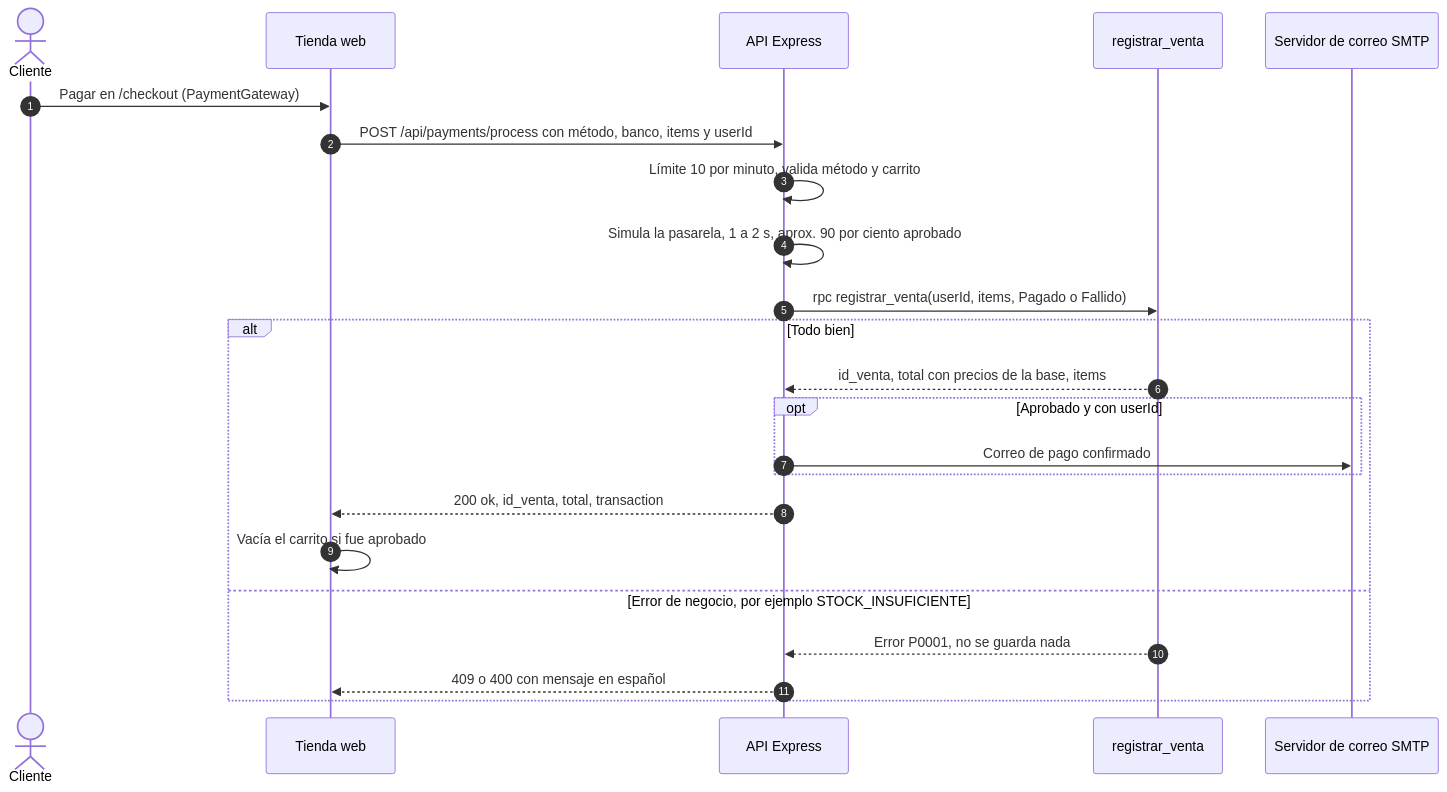
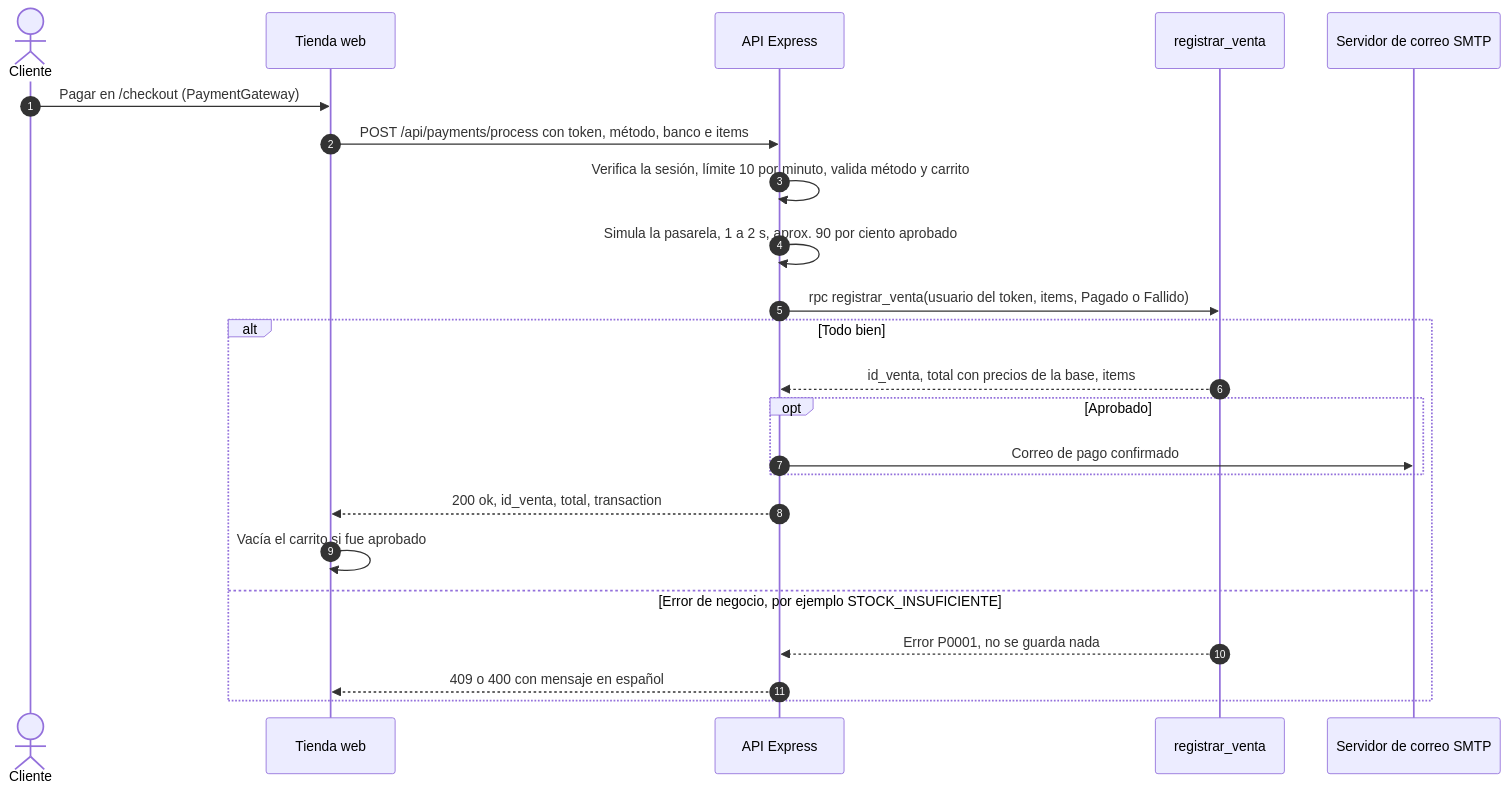
Before and after one commit to cristian-0023/SUPER-GELATTO: the first of 8 diagrams in docs/arquitectura/08-flujos.md, drawn with Mermaid. The commit also changed 15 other files, not shown here.

First line of the commit message:
fix: exigir sesión para pagar y sacar la llave de Tripo del código

````diff
--- a/docs/arquitectura/08-flujos.md
+++ b/docs/arquitectura/08-flujos.md
@@ -18,25 +18,25 @@
 ```mermaid
 sequenceDiagram
   autonumber
   actor C as Cliente
   participant W as Tienda web
   participant API as API Express
   participant RV as registrar_venta
   participant M as Servidor de correo SMTP
   C->>W: Pagar en /checkout (PaymentGateway)
-  W->>API: POST /api/payments/process con método, banco, items y userId
-  API->>API: Límite 10 por minuto, valida método y carrito
+  W->>API: POST /api/payments/process con token, método, banco e items
+  API->>API: Verifica la sesión, límite 10 por minuto, valida método y carrito
   API->>API: Simula la pasarela, 1 a 2 s, aprox. 90 por ciento aprobado
-  API->>RV: rpc registrar_venta(userId, items, Pagado o Fallido)
+  API->>RV: rpc registrar_venta(usuario del token, items, Pagado o Fallido)
   alt Todo bien
     RV-->>API: id_venta, total con precios de la base, items
-    opt Aprobado y con userId
+    opt Aprobado
       API->>M: Correo de pago confirmado
     end
     API-->>W: 200 ok, id_venta, total, transaction
     W->>W: Vacía el carrito si fue aprobado
   else Error de negocio, por ejemplo STOCK_INSUFICIENTE
     RV-->>API: Error P0001, no se guarda nada
     API-->>W: 409 o 400 con mensaje en español
   end
 ```
````
